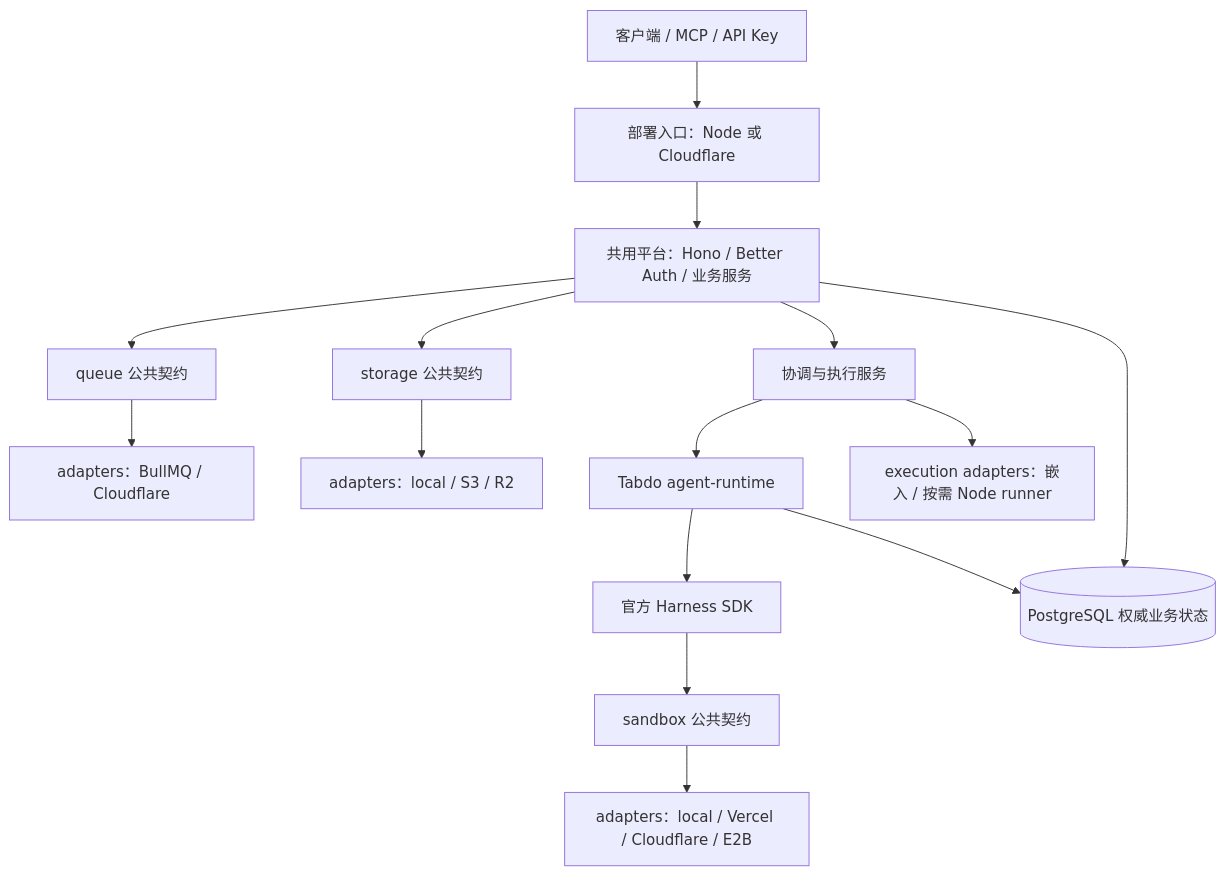
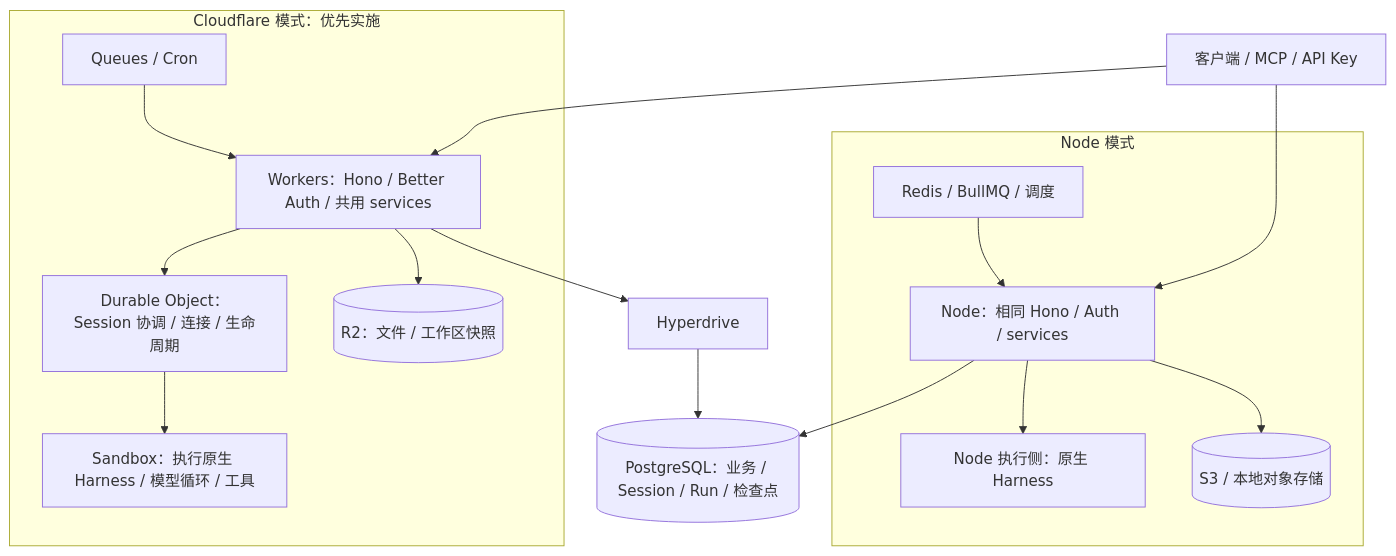
One commit to boyd4y/agrid changed the diagram in docs/architecture/dual-deployment.md. Above: the diagram before and after it, drawn with Mermaid. The commit also changed other lines of this file and 4 other files, not shown here.

Commit message:
docs(architecture): separate platforms and prioritize Cloudflare sandbox deployment

````diff
--- a/docs/architecture/dual-deployment.md
+++ b/docs/architecture/dual-deployment.md
@@ -15,17 +15,27 @@
 ```mermaid
-flowchart TD
-  UI[客户端 / MCP / API Key] --> APP[部署入口：Node 或 Cloudflare]
-  APP --> PLATFORM[共用平台：Hono / Better Auth / 业务服务]
-  PLATFORM --> Q[queue 公共契约]
-  PLATFORM --> S[storage 公共契约]
-  PLATFORM --> CO[协调与执行服务]
-  CO --> AGENT[Tabdo agent-runtime]
-  AGENT --> H[官方 Harness SDK]
-  H --> SB[sandbox 公共契约]
-  Q --> QA[adapters：BullMQ / Cloudflare]
-  S --> SA[adapters：local / S3 / R2]
-  SB --> SBA[adapters：local / Vercel / Cloudflare / E2B]
-  CO --> EXEC[execution adapters：嵌入 / 按需 Node runner]
-  PLATFORM --> PG[(PostgreSQL 权威业务状态)]
-  AGENT --> PG
+flowchart TB
+  UI[客户端 / MCP / API Key]
+  subgraph CF[Cloudflare 模式：优先实施]
+    HTTP[Workers：Hono / Better Auth / 共用 services]
+    TRIGGER[Queues / Cron]
+    DO[Durable Object：Session 协调 / 连接 / 生命周期]
+    SANDBOX[Sandbox：执行原生 Harness / 模型循环 / 工具]
+    TRIGGER --> HTTP
+    HTTP --> DO
+    DO --> SANDBOX
+    HTTP --> R2[(R2：文件 / 工作区快照)]
+  end
+  subgraph NODE[Node 模式]
+    API[Node：相同 Hono / Auth / services]
+    REDIS[Redis / BullMQ / 调度]
+    EXEC[Node 执行侧：原生 Harness]
+    REDIS --> API
+    API --> EXEC
+    API --> STORAGE[(S3 / 本地对象存储)]
+  end
+  UI --> HTTP
+  UI --> API
+  HTTP --> HD[Hyperdrive]
+  HD --> PG[(PostgreSQL：业务 / Session / Run / 检查点)]
+  API --> PG
 ```
````
